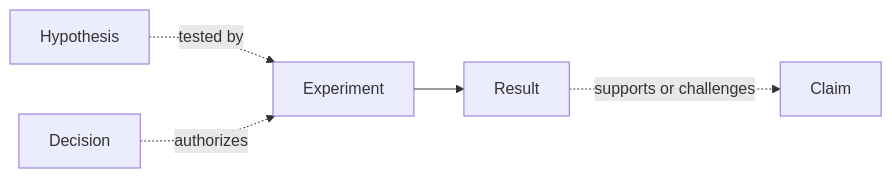
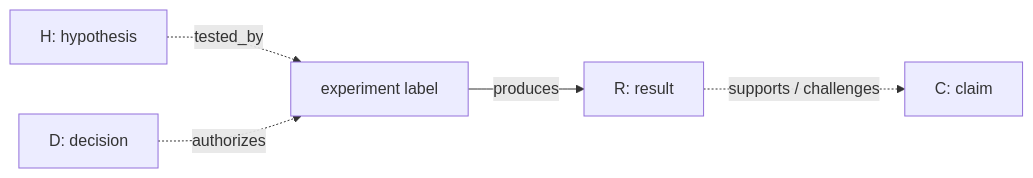
Before and after one commit to yulong-ge/ResearchTemplate: the diagram in rtmpl/templates/batchcom-research/to_human/evidence.mmd, drawn with Mermaid. The commit also changed 37 other files, not shown here.

First line of the commit message:
feat(template): ADHD-optimized contract — semantic experiment labels, automation_mode, pause/resume + consistency/doctor/summary/graph hooks

```diff
--- a/rtmpl/templates/batchcom-research/to_human/evidence.mmd
+++ b/rtmpl/templates/batchcom-research/to_human/evidence.mmd
@@ -1,8 +1,7 @@
+%% Derived view. The source of truth is research-state.yaml and the linked
+%% experiment, finding, claim, and decision records.
 flowchart LR
-  H0[Hypothesis] -. tested by .-> E0[Experiment]
-  E0 --> R0[Result]
-  R0 -. supports or challenges .-> C0[Claim]
-  D0[Decision] -. authorizes .-> E0
-
-%% This is a derived view. The source of truth is research-state.yaml and the
-%% linked experiment, finding, claim, and decision records.
+  H0[H: hypothesis] -.->|tested_by| E0[experiment label]
+  E0 -->|produces| R0[R: result]
+  R0 -.->|supports / challenges| C0[C: claim]
+  D0[D: decision] -.->|authorizes| E0
```
